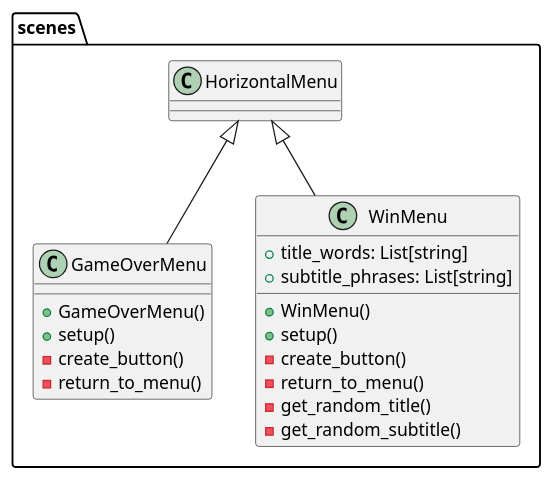
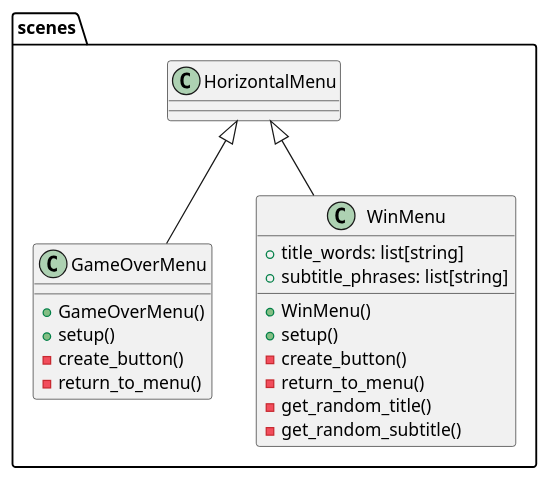
Before and after one commit to daavidrgz/galactic-gambit: the diagram in docs/diagrams/menus/game_over_and_win_menu.pu, drawn with PlantUML. The commit also changed 8 other files, not shown here.

```diff
--- a/docs/diagrams/menus/game_over_and_win_menu.pu
+++ b/docs/diagrams/menus/game_over_and_win_menu.pu
@@ -1,22 +1,22 @@
 @startuml game_over_and_win_menu
 
 class scenes.GameOverMenu extends scenes.HorizontalMenu {
 	+ GameOverMenu()
 	+ setup()
 	- create_button()
 	- return_to_menu()
 }
 
 class scenes.WinMenu extends scenes.HorizontalMenu {
-	+ title_words: List[string]
-	+ subtitle_phrases: List[string]
+	+ title_words: list[string]
+	+ subtitle_phrases: list[string]
 	
 	+ WinMenu()
 	+ setup()
 	- create_button()
 	- return_to_menu()
 	- get_random_title()
 	- get_random_subtitle()
 }
 
 @enduml
```
